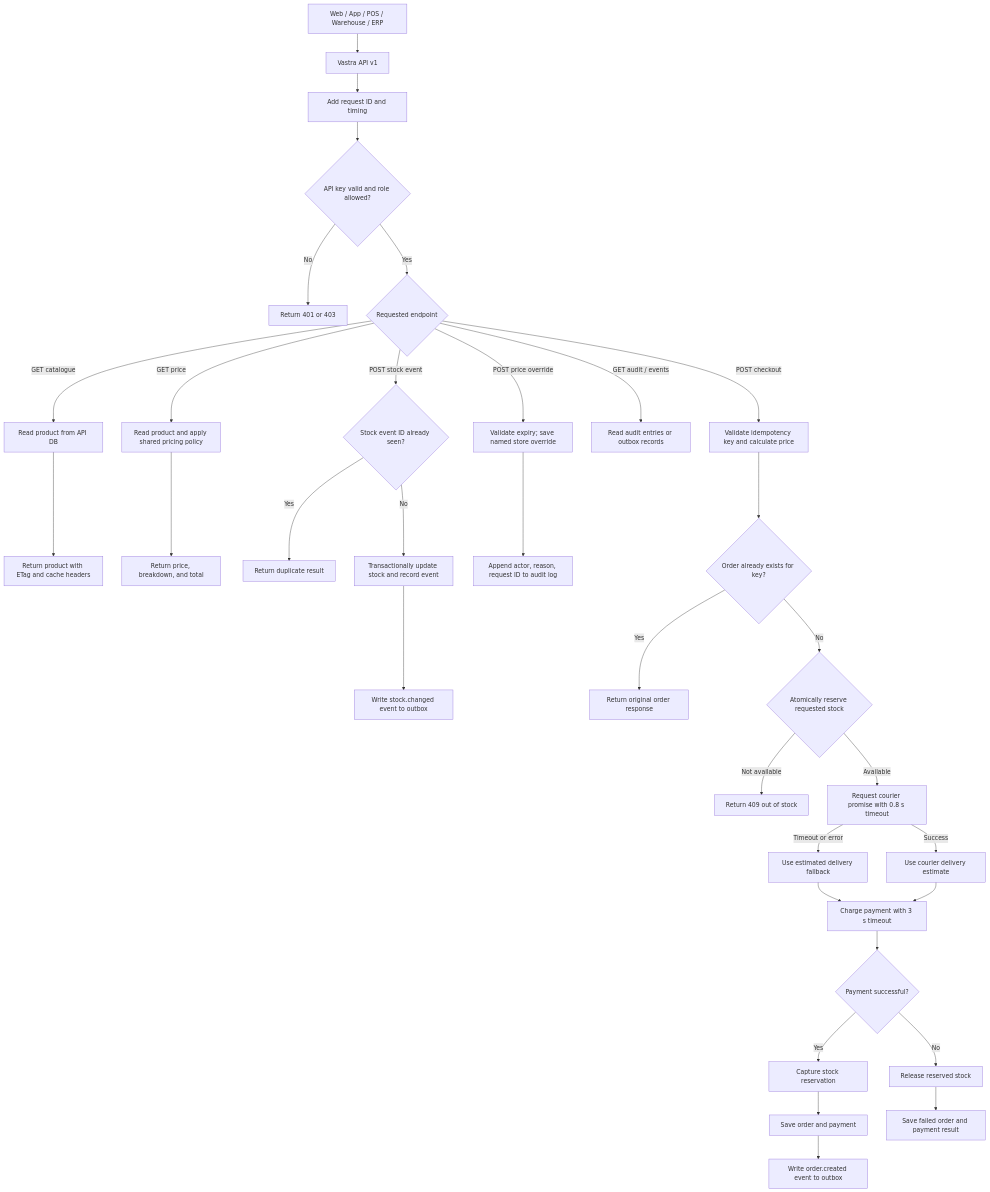
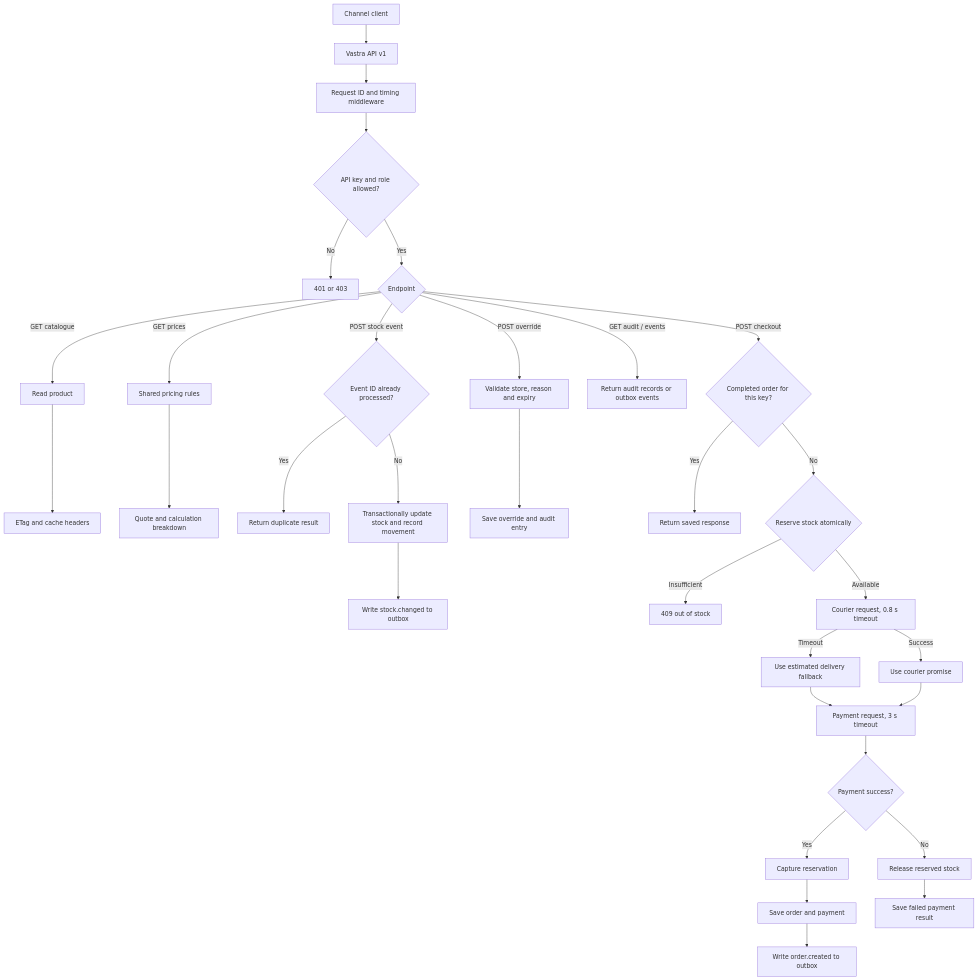
One commit to ITC-FDE-User07/itci-fde-team-4 changed the second of 2 diagrams in FDE_Project_Codebase/vastra-modern-api/README.md. Above: the diagram before and after it, drawn with Mermaid. The commit also changed other lines of this file and 5 other files, not shown here.

````diff
--- a/FDE_Project_Codebase/vastra-modern-api/README.md
+++ b/FDE_Project_Codebase/vastra-modern-api/README.md
@@ -56,39 +65,38 @@
 ```mermaid
 flowchart TD
-    Caller["Web / App / POS / Warehouse / ERP"] --> API["Vastra API v1"]
-    API --> Context["Add request ID and timing"]
-    Context --> Auth{"API key valid and role allowed?"}
-    Auth -- No --> Deny["Return 401 or 403"]
-    Auth -- Yes --> Route{"Requested endpoint"}
+    Caller["Channel client"] --> API["Vastra API v1"]
+    API --> Context["Request ID and timing middleware"]
+    Context --> Auth{"API key and role allowed?"}
+    Auth -- No --> Deny["401 or 403"]
+    Auth -- Yes --> Route{"Endpoint"}
 
-    Route -- "GET catalogue" --> Catalogue["Read product from API DB"]
-    Catalogue --> Cache["Return product with ETag and cache headers"]
-    Route -- "GET price" --> Pricing["Read product and apply shared pricing policy"]
-    Pricing --> Quote["Return price, breakdown, and total"]
+    Route -- "GET catalogue" --> Catalogue["Read product"]
+    Catalogue --> Cache["ETag and cache headers"]
+    Route -- "GET prices" --> Pricing["Shared pricing rules"]
+    Pricing --> Quote["Quote and calculation breakdown"]
 
-    Route -- "POST stock event" --> Dedup{"Stock event ID already seen?"}
+    Route -- "POST stock event" --> Dedup{"Event ID already processed?"}
     Dedup -- Yes --> Duplicate["Return duplicate result"]
-    Dedup -- No --> StockUpdate["Transactionally update stock and record event"]
-    StockUpdate --> StockOutbox["Write stock.changed event to outbox"]
+    Dedup -- No --> UpdateStock["Transactionally update stock and record movement"]
+    UpdateStock --> StockEvent["Write stock.changed to outbox"]
 
-    Route -- "POST price override" --> Override["Validate expiry; save named store override"]
-    Override --> Audit["Append actor, reason, request ID to audit log"]
-    Route -- "GET audit / events" --> ReadRecords["Read audit entries or outbox records"]
+    Route -- "POST override" --> Override["Validate store, reason and expiry"]
+    Override --> Audit["Save override and audit entry"]
+    Route -- "GET audit / events" --> ReadRecords["Return audit records or outbox events"]
 
-    Route -- "POST checkout" --> PriceAndKey["Validate idempotency key and calculate price"]
-    PriceAndKey --> Existing{"Order already exists for key?"}
-    Existing -- Yes --> Original["Return original order response"]
-    Existing -- No --> Reserve{"Atomically reserve requested stock"}
-    Reserve -- "Not available" --> NoStock["Return 409 out of stock"]
-    Reserve -- Available --> Courier["Request courier promise with 0.8 s timeout"]
-    Courier -- "Timeout or error" --> Fallback["Use estimated delivery fallback"]
-    Courier -- Success --> Promise["Use courier delivery estimate"]
-    Fallback --> Payment["Charge payment with 3 s timeout"]
+    Route -- "POST checkout" --> Idempotency{"Completed order for this key?"}
+    Idempotency -- Yes --> Original["Return saved response"]
+    Idempotency -- No --> Reserve{"Reserve stock atomically"}
+    Reserve -- "Insufficient" --> Conflict["409 out of stock"]
+    Reserve -- Available --> Courier["Courier request, 0.8 s timeout"]
+    Courier -- Timeout --> Fallback["Use estimated delivery fallback"]
+    Courier -- Success --> Promise["Use courier promise"]
+    Fallback --> Payment["Payment request, 3 s timeout"]
     Promise --> Payment
-    Payment --> Paid{"Payment successful?"}
+    Payment --> Paid{"Payment success?"}
+    Paid -- Yes --> Capture["Capture reservation"]
+    Capture --> SaveOrder["Save order and payment"]
+    SaveOrder --> OrderEvent["Write order.created to outbox"]
     Paid -- No --> Release["Release reserved stock"]
-    Paid -- Yes --> Capture["Capture stock reservation"]
-    Capture --> Persist["Save order and payment"]
-    Persist --> OrderEvent["Write order.created event to outbox"]
-    Release --> PersistFailure["Save failed order and payment result"]
+    Release --> SaveFailure["Save failed payment result"]
 ```
````
